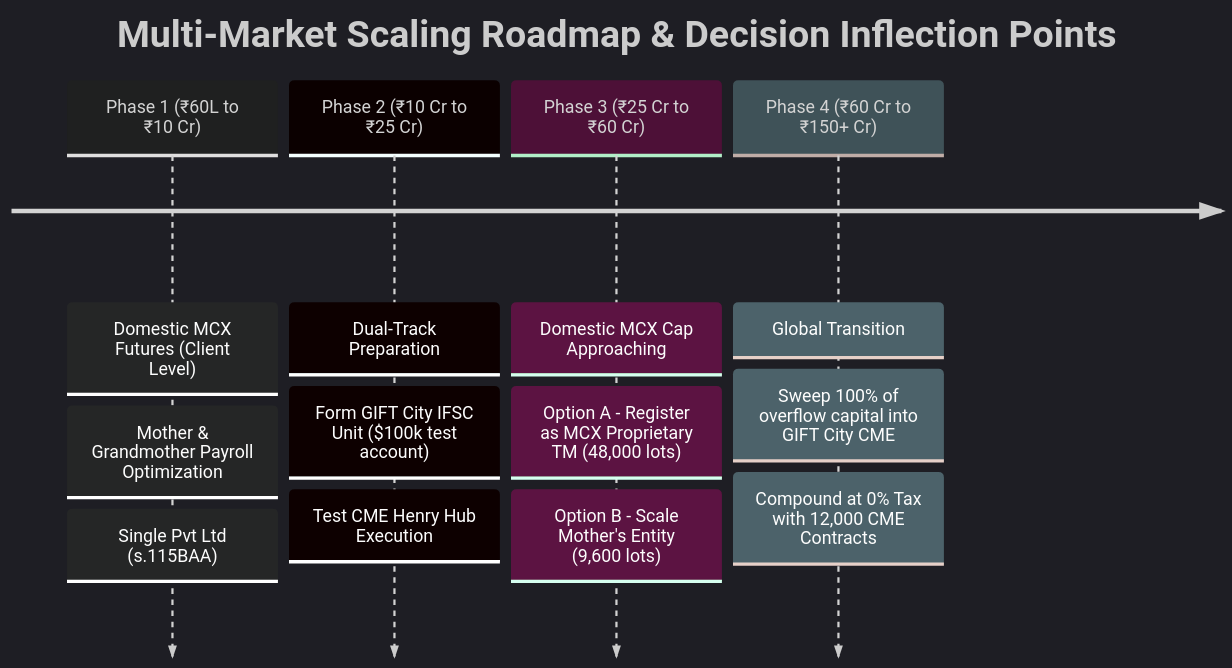
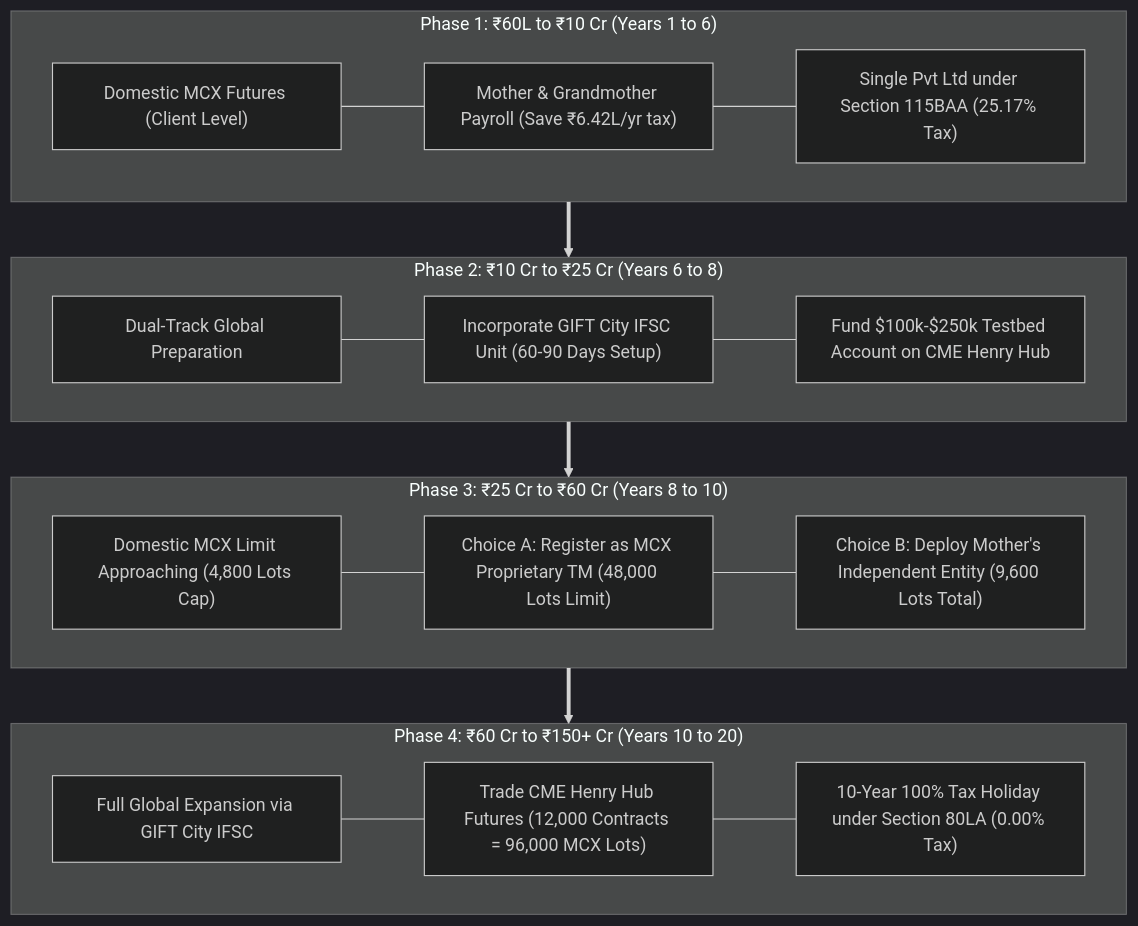
Before and after one commit to yieldchaser/mcx-margins: the ninth of 12 diagrams in models/execution_and_tax_validation_plan.md, drawn with Mermaid (dark theme).

Commit message:
fix(diagrams): replace unsupported mermaid timeline with flowchart TD for clean UI rendering

````diff
--- a/models/execution_and_tax_validation_plan.md
+++ b/models/execution_and_tax_validation_plan.md
@@ -196,8 +196,32 @@
 ```mermaid
-timeline
-    title Multi-Market Scaling Roadmap & Decision Inflection Points
-    Phase 1 (₹60L to ₹10 Cr) : Domestic MCX Futures (Client Level) : Mother & Grandmother Payroll Optimization : Single Pvt Ltd (s.115BAA)
-    Phase 2 (₹10 Cr to ₹25 Cr) : Dual-Track Preparation : Form GIFT City IFSC Unit ($100k test account) : Test CME Henry Hub Execution
-    Phase 3 (₹25 Cr to ₹60 Cr) : Domestic MCX Cap Approaching : Option A - Register as MCX Proprietary TM (48,000 lots) : Option B - Scale Mother's Entity (9,600 lots)
-    Phase 4 (₹60 Cr to ₹150+ Cr) : Global Transition : Sweep 100% of overflow capital into GIFT City CME : Compound at 0% Tax with 12,000 CME Contracts
+flowchart TD
+    subgraph P1["Phase 1: ₹60L to ₹10 Cr (Years 1 to 6)"]
+        A1["Domestic MCX Futures (Client Level)"]
+        B1["Mother & Grandmother Payroll (Save ₹6.42L/yr tax)"]
+        C1["Single Pvt Ltd under Section 115BAA (25.17% Tax)"]
+        A1 --- B1 --- C1
+    end
+
+    subgraph P2["Phase 2: ₹10 Cr to ₹25 Cr (Years 6 to 8)"]
+        A2["Dual-Track Global Preparation"]
+        B2["Incorporate GIFT City IFSC Unit (60-90 Days Setup)"]
+        C2["Fund $100k-$250k Testbed Account on CME Henry Hub"]
+        A2 --- B2 --- C2
+    end
+
+    subgraph P3["Phase 3: ₹25 Cr to ₹60 Cr (Years 8 to 10)"]
+        A3["Domestic MCX Limit Approaching (4,800 Lots Cap)"]
+        B3["Choice A: Register as MCX Proprietary TM (48,000 Lots Limit)"]
+        C3["Choice B: Deploy Mother's Independent Entity (9,600 Lots Total)"]
+        A3 --- B3 --- C3
+    end
+
+    subgraph P4["Phase 4: ₹60 Cr to ₹150+ Cr (Years 10 to 20)"]
+        A4["Full Global Expansion via GIFT City IFSC"]
+        B4["Trade CME Henry Hub Futures (12,000 Contracts = 96,000 MCX Lots)"]
+        C4["10-Year 100% Tax Holiday under Section 80LA (0.00% Tax)"]
+        A4 --- B4 --- C4
+    end
+
+    P1 ==> P2 ==> P3 ==> P4
 ```
````
